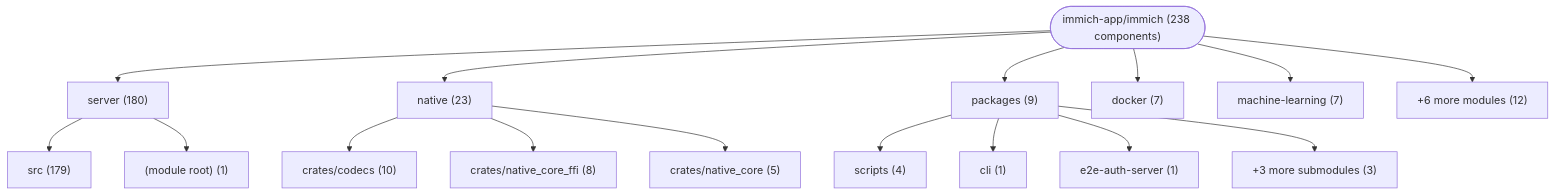
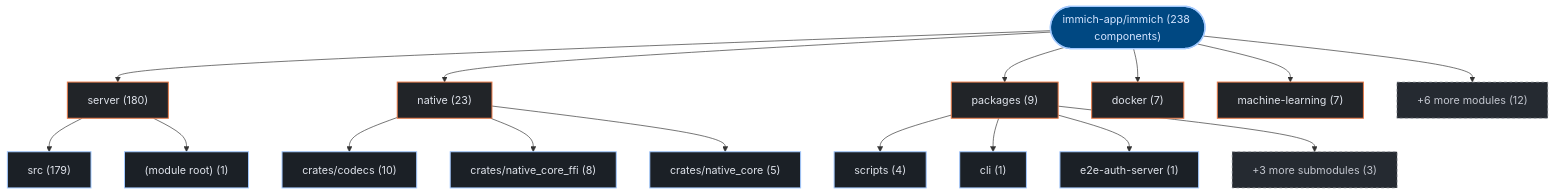
Before and after one commit to kumarshaz/atruss-code-atlas: the first of 3 diagrams in exports/latest/reports/immich-app-immich-report.md, drawn with Mermaid. The commit also changed other lines of this file and 331 other files, not shown here.

Commit message:
docs,ui,fix: update SDLC docs, reorder CI/CD DAG first, stylize Mermaid, and fix Arc42 pipeline topology

````diff
--- a/exports/latest/reports/immich-app-immich-report.md
+++ b/exports/latest/reports/immich-app-immich-report.md
@@ -42,34 +42,41 @@
 ```mermaid
 graph TD;
-    repo_root(["immich-app/immich (238 components)"])
-    dir_0_server["server (180)"]
+  classDef atlasRoot fill:#004882,stroke:#a3c9ff,stroke-width:2px,color:#d3e4ff
+  classDef atlasCategory fill:#212428,stroke:#E87A48,stroke-width:1.5px,color:#dfe3eb
+  classDef atlasWorkflow fill:#1b2026,stroke:#a3c9ff,stroke-width:1.5px,color:#dfe3eb
+  classDef atlasJob fill:#171c22,stroke:#8d9199,stroke-width:1px,color:#dfe3eb
+  classDef atlasTarget fill:#005227,stroke:#8bd99b,stroke-width:1.5px,color:#a7f6b6
+  classDef atlasAlert fill:#93000a,stroke:#ffb4ab,stroke-width:1.5px,color:#ffdad6
+  classDef atlasMore fill:#252a31,stroke:#8d9199,stroke-dasharray:4 4,color:#c3c6cf
+    repo_root(["immich-app/immich (238 components)"]):::atlasRoot
+    dir_0_server["server (180)"]:::atlasCategory
     repo_root --> dir_0_server
-    sub_0_0_src["src (179)"]
+    sub_0_0_src["src (179)"]:::atlasWorkflow
     dir_0_server --> sub_0_0_src
-    sub_0_1__module_root_["(module root) (1)"]
+    sub_0_1__module_root_["(module root) (1)"]:::atlasWorkflow
     dir_0_server --> sub_0_1__module_root_
-    dir_1_native["native (23)"]
+    dir_1_native["native (23)"]:::atlasCategory
     repo_root --> dir_1_native
-    sub_1_0_crates_codecs["crates/codecs (10)"]
+    sub_1_0_crates_codecs["crates/codecs (10)"]:::atlasWorkflow
     dir_1_native --> sub_1_0_crates_codecs
-    sub_1_1_crates_native_core_ffi["crates/native_core_ffi (8)"]
+    sub_1_1_crates_native_core_ffi["crates/native_core_ffi (8)"]:::atlasWorkflow
     dir_1_native --> sub_1_1_crates_native_core_ffi
-    sub_1_2_crates_native_core["crates/native_core (5)"]
+    sub_1_2_crates_native_core["crates/native_core (5)"]:::atlasWorkflow
     dir_1_native --> sub_1_2_crates_native_core
-    dir_2_packages["packages (9)"]
+    dir_2_packages["packages (9)"]:::atlasCategory
     repo_root --> dir_2_packages
-    sub_2_0_scripts["scripts (4)"]
+    sub_2_0_scripts["scripts (4)"]:::atlasWorkflow
     dir_2_packages --> sub_2_0_scripts
-    sub_2_1_cli["cli (1)"]
+    sub_2_1_cli["cli (1)"]:::atlasWorkflow
     dir_2_packages --> sub_2_1_cli
-    sub_2_2_e2e_auth_server["e2e-auth-server (1)"]
+    sub_2_2_e2e_auth_server["e2e-auth-server (1)"]:::atlasWorkflow
     dir_2_packages --> sub_2_2_e2e_auth_server
-    sub_2_more["+3 more submodules (3)"]
+    sub_2_more["+3 more submodules (3)"]:::atlasMore
     dir_2_packages --> sub_2_more
-    dir_3_docker["docker (7)"]
+    dir_3_docker["docker (7)"]:::atlasCategory
     repo_root --> dir_3_docker
-    dir_4_machine_learning["machine-learning (7)"]
+    dir_4_machine_learning["machine-learning (7)"]:::atlasCategory
     repo_root --> dir_4_machine_learning
-    dir_other_modules["+6 more modules (12)"]
+    dir_other_modules["+6 more modules (12)"]:::atlasMore
     repo_root --> dir_other_modules
 ```
````
